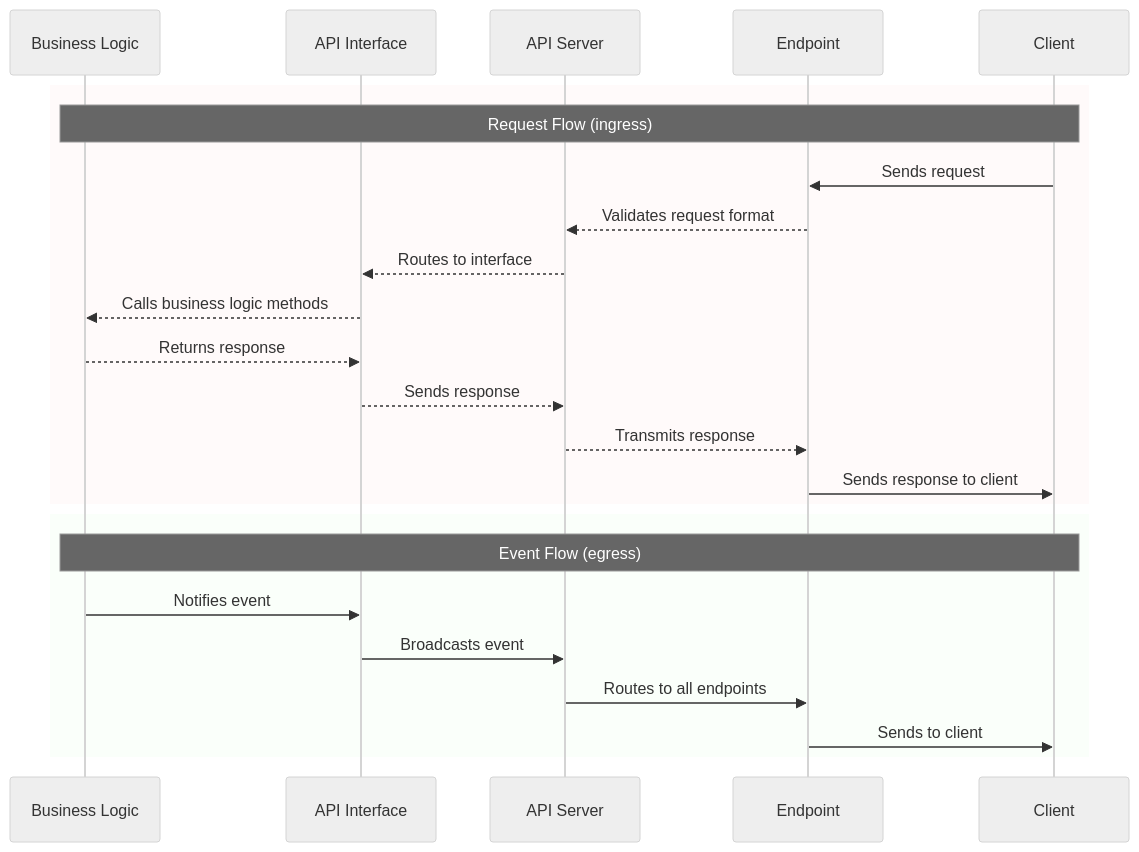
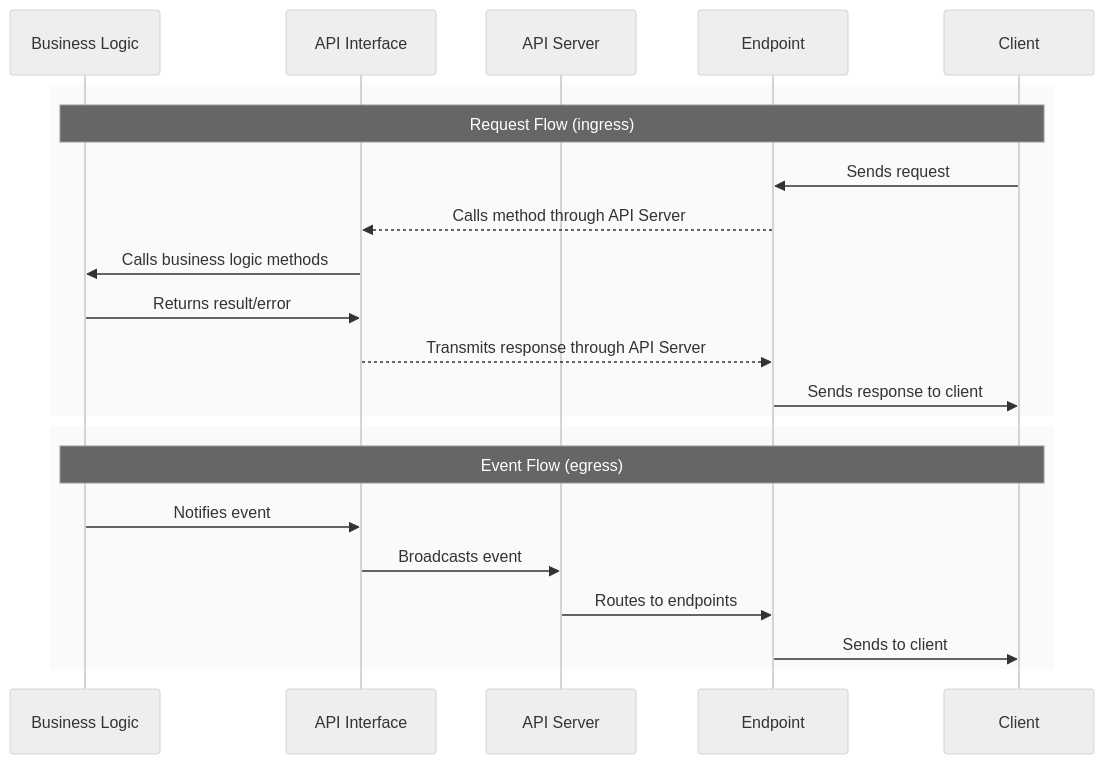
The second of 2 diagrams in lib/APIServer/README.md (pierrejay/esp32-wifi-api-dev), drawn with Mermaid (neutral theme) before and after one commit. The commit also changed other lines of this file, not shown here.

Commit message:
Update APIServer docs

````diff
--- a/lib/APIServer/README.md
+++ b/lib/APIServer/README.md
@@ -102,28 +102,26 @@
 ```mermaid
 sequenceDiagram
     participant BL as Business Logic
     participant API as API Interface
     participant AS as API Server
     participant EP as Endpoint
     participant CL as Client
 
-    rect rgba(255, 200, 200, 0.1)
+    rect rgba(200, 200, 200, 0.1)
     Note over CL,BL: Request Flow (ingress)
     CL->>EP: Sends request
-    EP-->>AS: Validates request format
-    AS-->>API: Routes to interface
-    API-->>BL: Calls business logic methods
-    BL-->>API: Returns response
-    API-->>AS: Sends response
-    AS-->>EP: Transmits response
+    EP-->>API: Calls method through API Server
+    API->>BL: Calls business logic methods
+    BL->>API: Returns result/error
+    API-->>EP: Transmits response through API Server
     EP->>CL: Sends response to client
     end
 
-    rect rgba(200, 255, 200, 0.1)
-    Note over BL,CL: Event Flow (egress)
+    rect rgba(200, 200, 200, 0.1)
+    Note over BL,CL: Event Flow (egress)  
     BL->>API: Notifies event
     API->>AS: Broadcasts event
-    AS->>EP: Routes to all endpoints
+    AS->>EP: Routes to endpoints
     EP->>CL: Sends to client
     end
 ```
````
